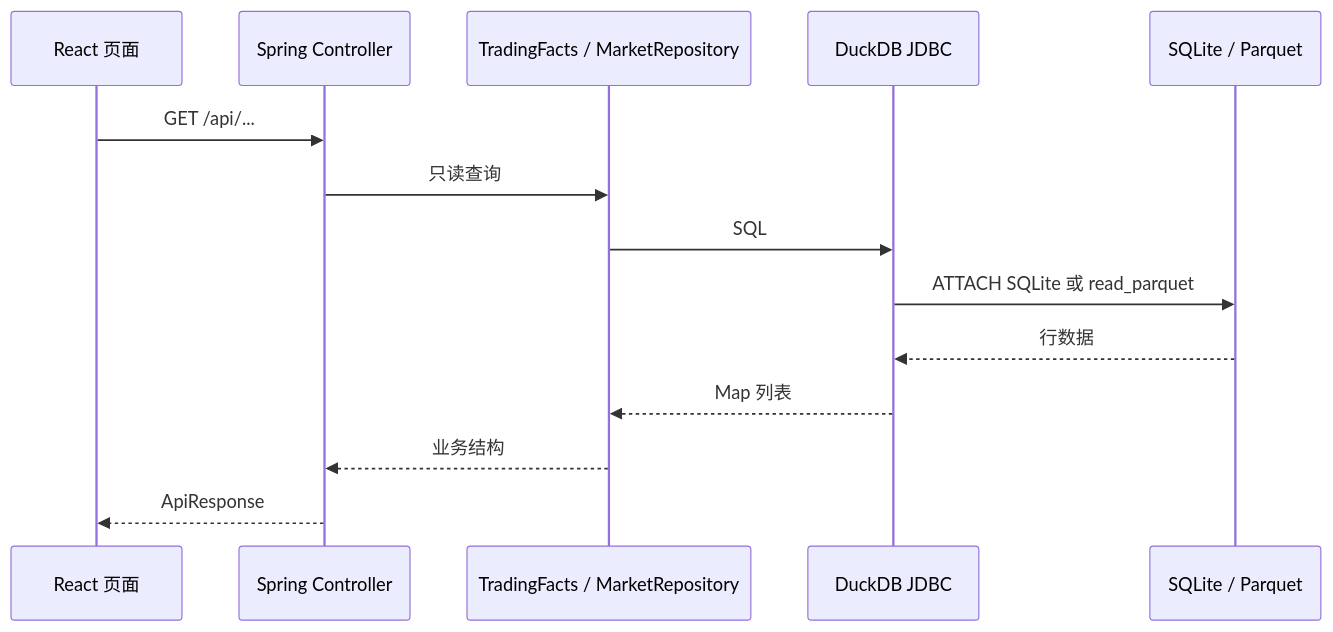
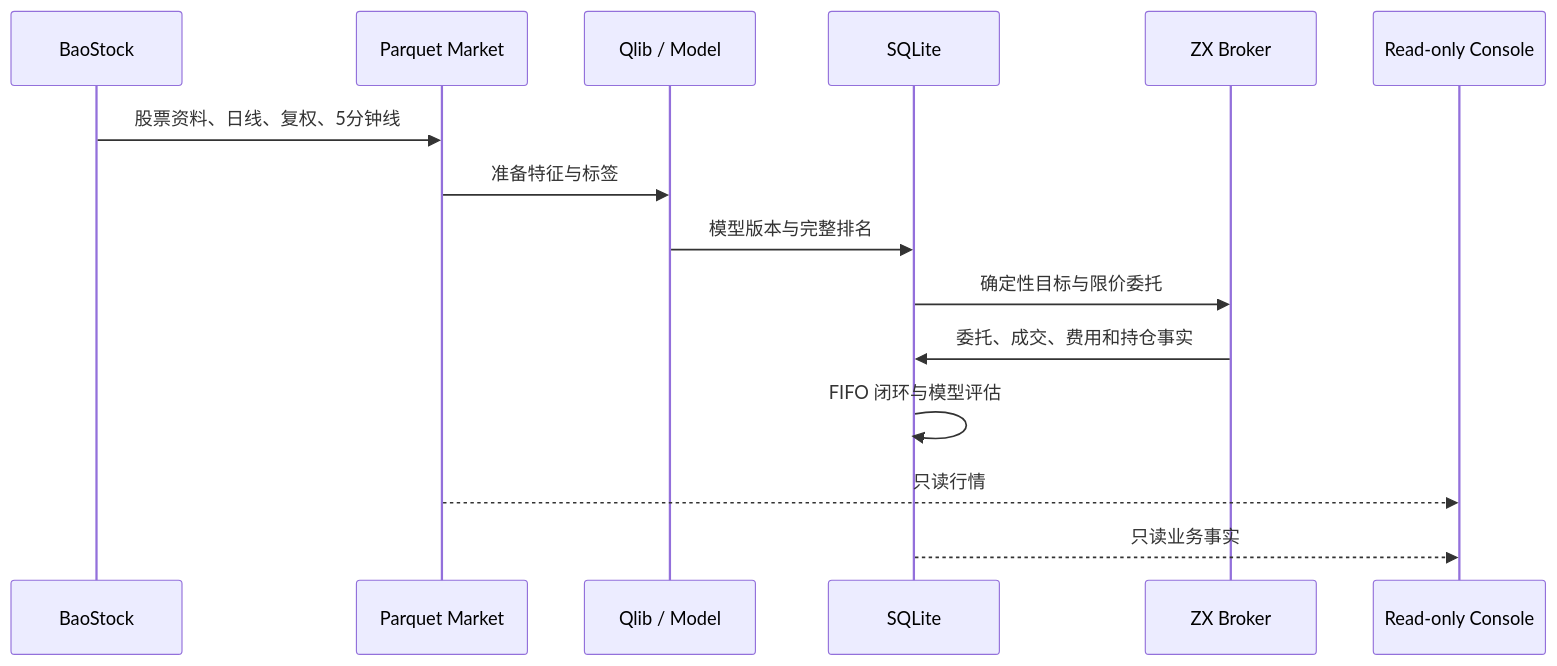
One commit to mwangli/stock-trading changed the diagram in documents/01-system/data-flow.md. Above: the diagram before and after it, drawn with Mermaid. The commit also changed other lines of this file and 25 other files, not shown here.

````diff
--- a/documents/01-system/data-flow.md
+++ b/documents/01-system/data-flow.md
@@ -26,16 +30,17 @@
 ```mermaid
 sequenceDiagram
-  participant UI as React 页面
-  participant API as Spring Controller
-  participant Facts as TradingFacts / MarketRepository
-  participant Duck as DuckDB JDBC
-  participant File as SQLite / Parquet
-  UI->>API: GET /api/...
-  API->>Facts: 只读查询
-  Facts->>Duck: SQL
-  Duck->>File: ATTACH SQLite 或 read_parquet
-  File-->>Duck: 行数据
-  Duck-->>Facts: Map 列表
-  Facts-->>API: 业务结构
-  API-->>UI: ApiResponse
+  participant Source as BaoStock
+  participant Market as Parquet Market
+  participant Research as Qlib / Model
+  participant State as SQLite
+  participant Broker as ZX Broker
+  participant Console as Read-only Console
+  Source->>Market: 股票资料、日线、复权、5分钟线
+  Market->>Research: 准备特征与标签
+  Research->>State: 模型版本与完整排名
+  State->>Broker: 确定性目标与限价委托
+  Broker->>State: 委托、成交、费用和持仓事实
+  State->>State: FIFO 闭环与模型评估
+  Market-->>Console: 只读行情
+  State-->>Console: 只读业务事实
 ```
````
